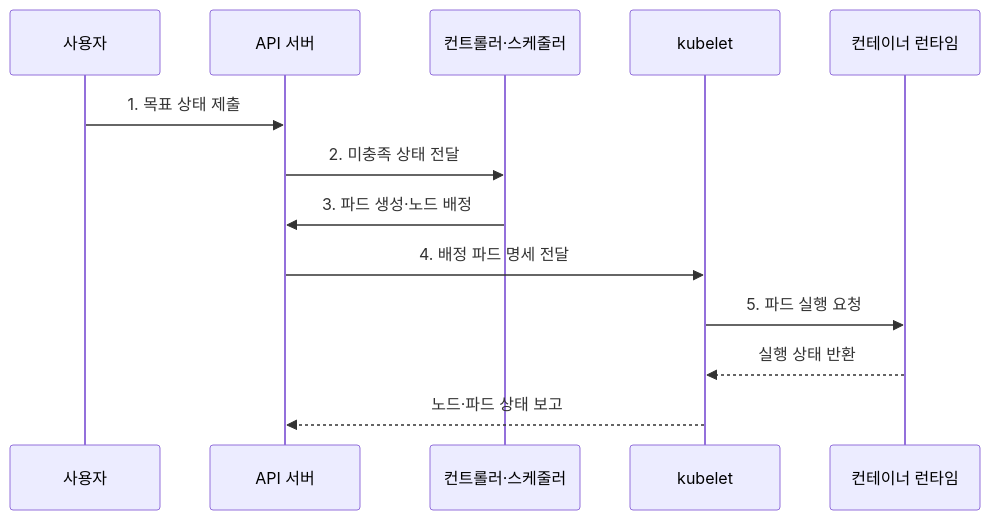
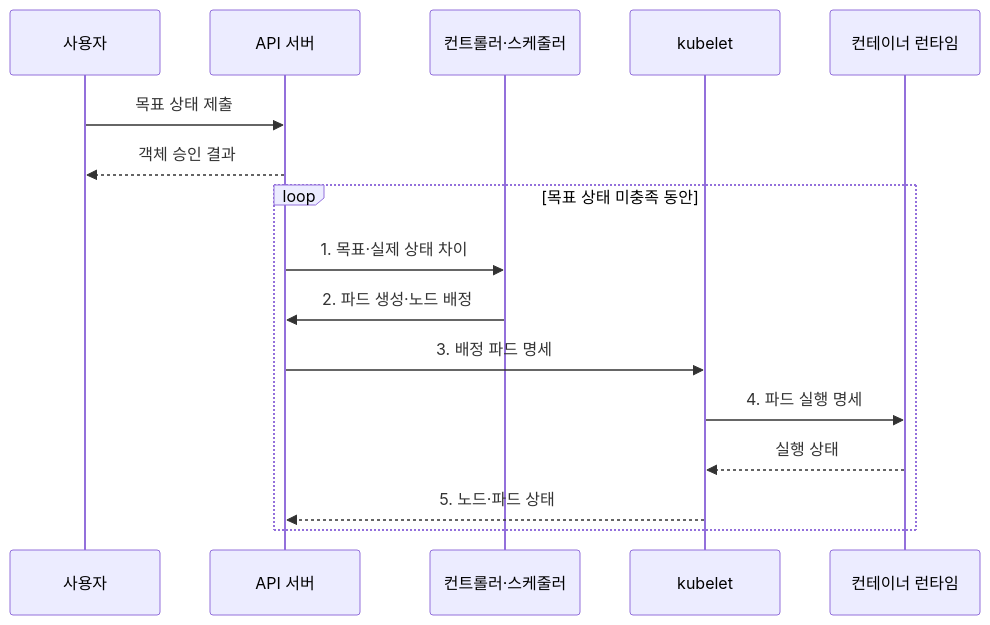
One commit to agnusdei1207/knowledge-base changed the second of 2 diagrams in src/content/docs/notes/03-software/152_kubernetes_architecture.md. Above: the diagram before and after it, drawn with Mermaid. The commit also changed other lines of this file and 20 other files, not shown here.

````diff
--- a/src/content/docs/notes/03-software/152_kubernetes_architecture.md
+++ b/src/content/docs/notes/03-software/152_kubernetes_architecture.md
@@ -85,15 +92,18 @@
 ```mermaid
 sequenceDiagram
     participant U as 사용자
     participant A as API 서버
     participant C as 컨트롤러·스케줄러
     participant K as kubelet
     participant R as 컨테이너 런타임
-    U->>A: 1. 목표 상태 제출
-    A->>C: 2. 미충족 상태 전달
-    C->>A: 3. 파드 생성·노드 배정
-    A->>K: 4. 배정 파드 명세 전달
-    K->>R: 5. 파드 실행 요청
-    R-->>K: 실행 상태 반환
-    K-->>A: 노드·파드 상태 보고
+    U->>A: 목표 상태 제출
+    A-->>U: 객체 승인 결과
+    loop 목표 상태 미충족 동안
+        A->>C: 1. 목표·실제 상태 차이
+        C->>A: 2. 파드 생성·노드 배정
+        A->>K: 3. 배정 파드 명세
+        K->>R: 4. 파드 실행 명세
+        R-->>K: 실행 상태
+        K-->>A: 5. 노드·파드 상태
+    end
 ```
````
